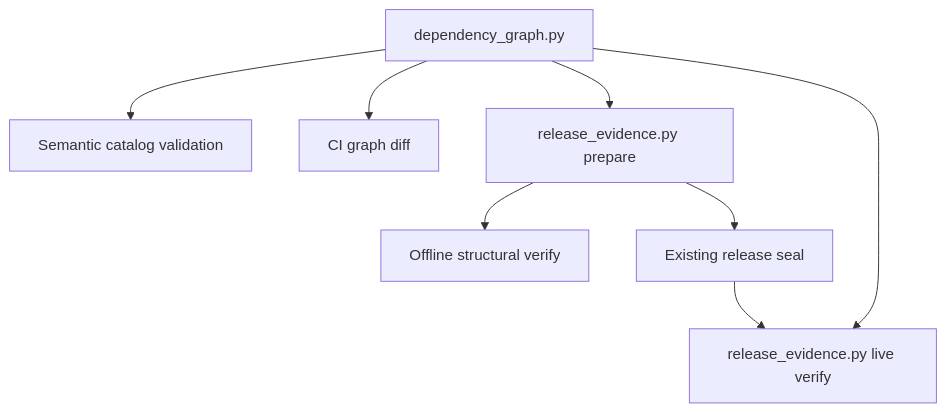
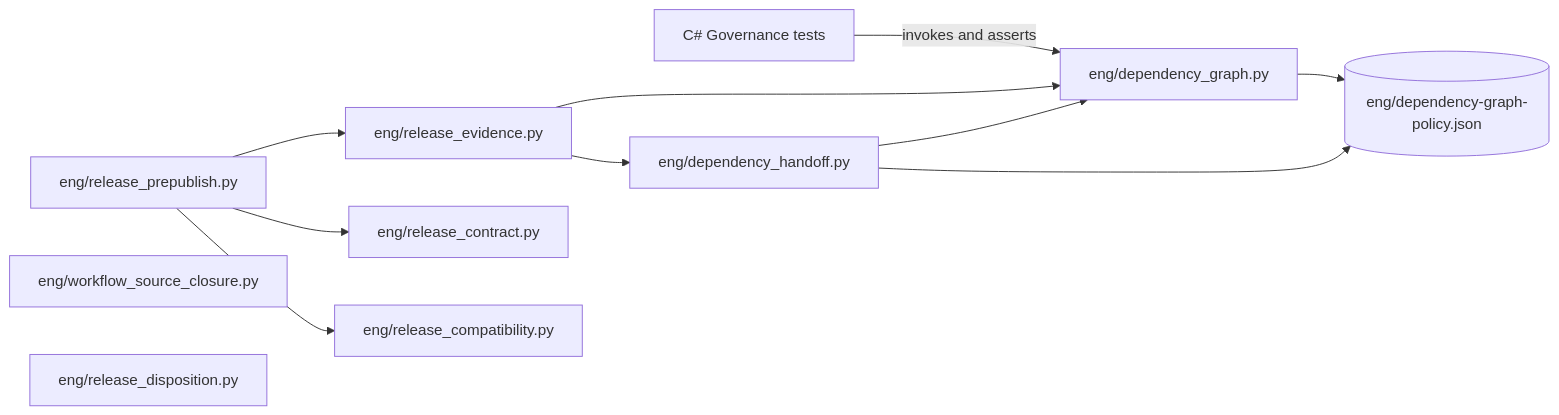
The second of 3 diagrams in _bmad-output/planning-artifacts/architecture/architecture-gov-1-2026-07-19/ARCHITECTURE-SPINE.md (Hexalith/Hexalith.FrontComposer), drawn with Mermaid before and after one commit. The commit also changed other lines of this file and 111 other files, not shown here.

````diff
--- a/_bmad-output/planning-artifacts/architecture/architecture-gov-1-2026-07-19/ARCHITECTURE-SPINE.md
+++ b/_bmad-output/planning-artifacts/architecture/architecture-gov-1-2026-07-19/ARCHITECTURE-SPINE.md
@@ -457,10 +991,14 @@
 ```mermaid
-flowchart TD
-    C[dependency_graph.py] --> V[Semantic catalog validation]
-    C --> D[CI graph diff]
-    C --> P[release_evidence.py prepare]
-    C --> L[release_evidence.py live verify]
-    P --> O[Offline structural verify]
-    P --> S[Existing release seal]
-    S --> L
+flowchart LR
+    G[C# Governance tests] -->|invokes and asserts| E[eng/dependency_graph.py]
+    H[eng/dependency_handoff.py] --> E
+    P[eng/release_prepublish.py] --> M[eng/release_evidence.py]
+    P --> C[eng/release_contract.py]
+    P --> RC[eng/release_compatibility.py]
+    M --> E
+    M --> H
+    E --> POL[(eng/dependency-graph-policy.json)]
+    H --> POL
+    W[eng/workflow_source_closure.py]
+    D[eng/release_disposition.py]
 ```
````
